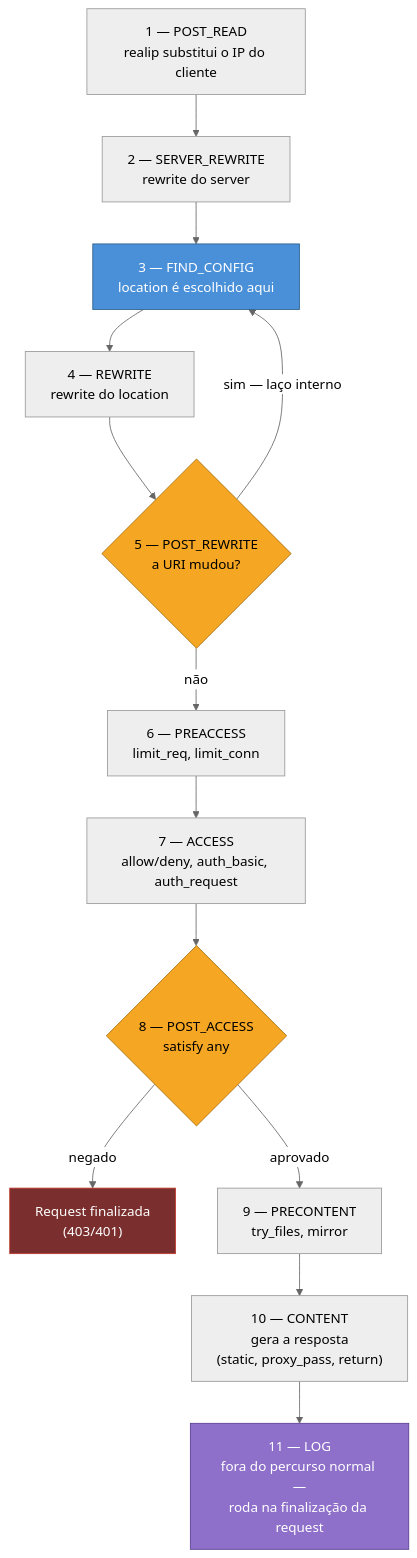
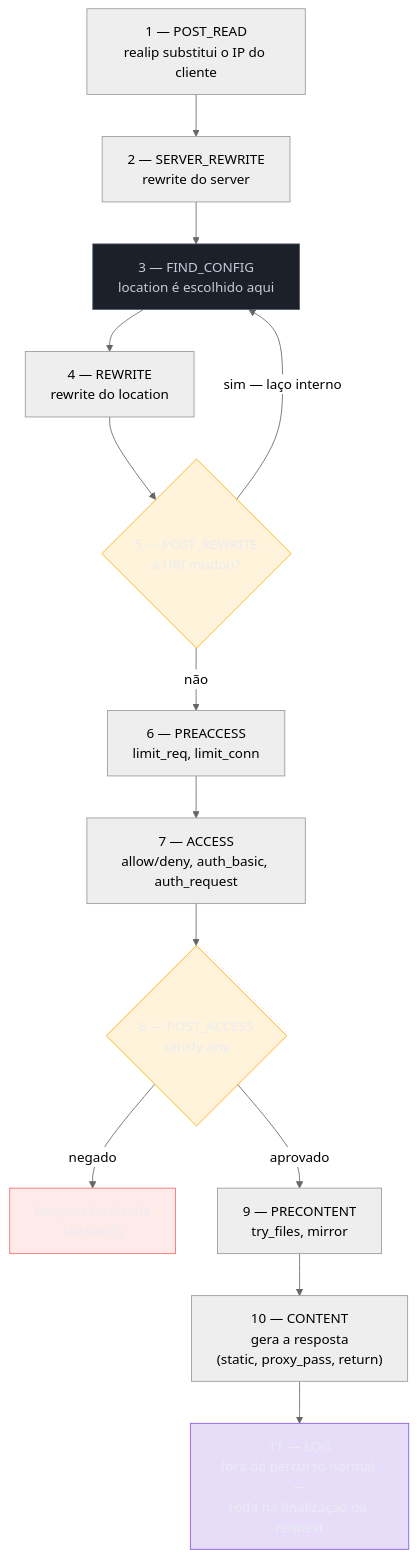
Before and after one commit to josenaldo/codex-technomanticus: the diagram in 03-Dominios/Tecnologia/Infraestrutura/Nginx/05 - O ciclo de vida de uma request.md, drawn with Mermaid (neutral theme). The commit also changed 1181 other files, not shown here.

First line of the commit message:
fix(diagramas): paleta do sistema no lugar de cor cravada no markdown

````diff
--- a/03-Dominios/Tecnologia/Infraestrutura/Nginx/05 - O ciclo de vida de uma request.md
+++ b/03-Dominios/Tecnologia/Infraestrutura/Nginx/05 - O ciclo de vida de uma request.md
@@ -61,21 +61,25 @@
 ```mermaid
 graph TB
+    classDef neutro fill:#1B2029,stroke:#4E5666,color:#C6CCD8
+    classDef destaque fill:#FFAA0024,stroke:#FFAA00,color:#E9ECF2
+    classDef marca fill:#8855DF33,stroke:#8855DF,color:#E9ECF2
+    classDef falha fill:#FF6B6B24,stroke:#FF6B6B,color:#E9ECF2
     P1["1 — POST_READ<br/>realip substitui o IP do cliente"] --> P2["2 — SERVER_REWRITE<br/>rewrite do server"]
     P2 --> P3["3 — FIND_CONFIG<br/>location é escolhido aqui"]
     P3 --> P4["4 — REWRITE<br/>rewrite do location"]
     P4 --> P5{"5 — POST_REWRITE<br/>a URI mudou?"}
     P5 -->|"sim — laço interno"| P3
     P5 -->|"não"| P6["6 — PREACCESS<br/>limit_req, limit_conn"]
     P6 --> P7["7 — ACCESS<br/>allow/deny, auth_basic, auth_request"]
     P7 --> P8{"8 — POST_ACCESS<br/>satisfy any"}
     P8 -->|"negado"| FIM["Request finalizada<br/>(403/401)"]
     P8 -->|"aprovado"| P9["9 — PRECONTENT<br/>try_files, mirror"]
     P9 --> P10["10 — CONTENT<br/>gera a resposta<br/>(static, proxy_pass, return)"]
     P10 --> P11["11 — LOG<br/>fora do percurso normal —<br/>roda na finalização da request"]
 
-    style P3 fill:#4A90D9,stroke:#2c5f8a,color:#fff
-    style P5 fill:#F5A623,stroke:#a66f10,color:#000
-    style P8 fill:#F5A623,stroke:#a66f10,color:#000
-    style P11 fill:#8e6fc9,stroke:#5a3f8f,color:#fff
-    style FIM fill:#7a2e2e,stroke:#c0392b,color:#fff
+    class P3 neutro
+    class P5 destaque
+    class P8 destaque
+    class P11 marca
+    class FIM falha
 ```
````
